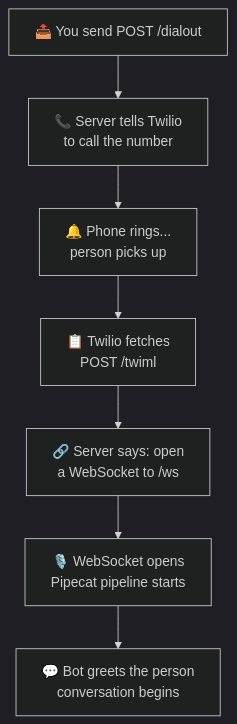
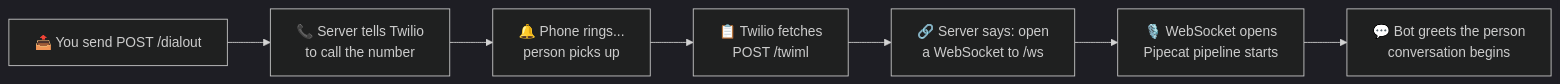
One commit to jaeyow/twilio-deepgram-voice changed the first of 2 diagrams in blog-outbound.md. Above: the diagram before and after it, drawn with Mermaid (dark theme). The commit also changed other lines of this file and 2 other files, not shown here.

Commit message:
Switch outbound bot TTS voice to Filipino English accent (amalthea)
Update Deepgram TTS voice from aura-2-theia-en (Australian) to
aura-2-amalthea-en (Filipino English). Update blog post and README
to reflect the voice change, and fix mermaid diagram to horizontal layout.

````diff
--- a/blog-outbound.md
+++ b/blog-outbound.md
@@ -79,9 +79,9 @@
 ```mermaid
-graph TD
+graph LR
     A["📤 You send POST /dialout"] --> B["📞 Server tells Twilio<br/>to call the number"]
     B --> C["🔔 Phone rings...<br/>person picks up"]
     C --> D["📋 Twilio fetches<br/>POST /twiml"]
     D --> E["🔗 Server says: open<br/>a WebSocket to /ws"]
     E --> F["🎙️ WebSocket opens<br/>Pipecat pipeline starts"]
     F --> G["💬 Bot greets the person<br/>conversation begins"]
 ```
````
